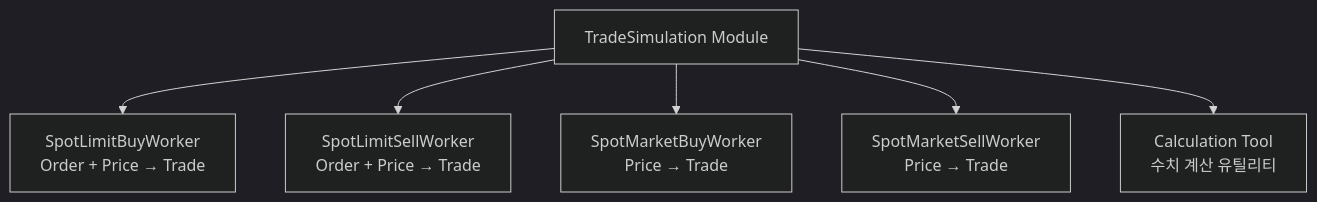
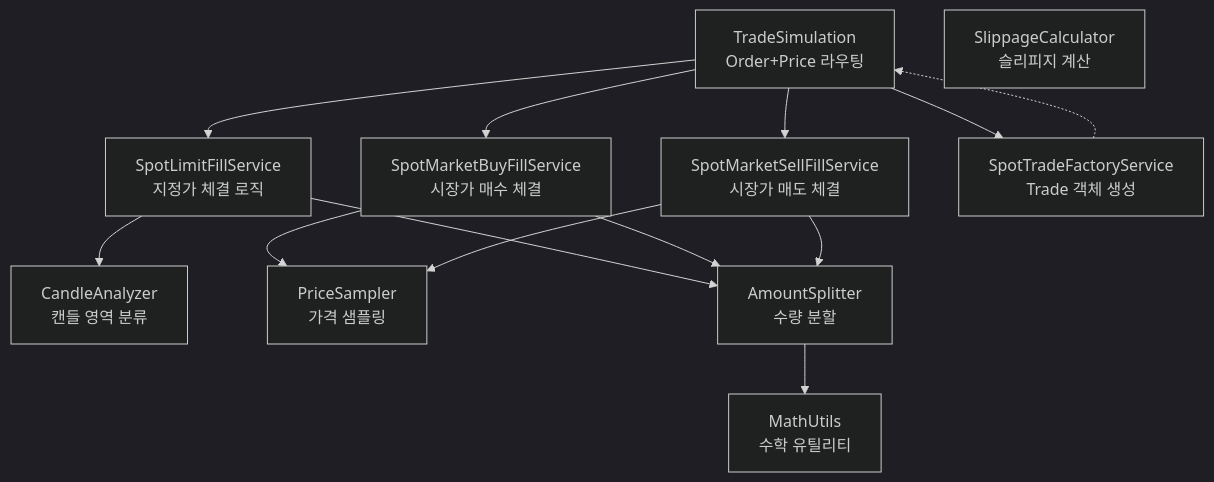
The diagram in packages/financial-simulation/financial_simulation/tradesim/Architecture - Tradesim.md (gatesplan/python-toolbox), drawn with Mermaid (dark theme) before and after one commit. The commit also changed other lines of this file and 27 other files, not shown here.

````diff
--- a/packages/financial-simulation/financial_simulation/tradesim/Architecture - Tradesim.md
+++ b/packages/financial-simulation/financial_simulation/tradesim/Architecture - Tradesim.md
@@ -100,17 +30,33 @@
 ```mermaid
-graph TD
-    TradeSimulation[TradeSimulation Module]
-    CalcTool[Calculation Tool]
+graph TB
+    API[TradeSimulation<br/>Order+Price 라우팅]
 
-    TradeSimulation --> SpotLimitBuyWorker
-    TradeSimulation --> SpotLimitSellWorker
-    TradeSimulation --> SpotMarketBuyWorker
-    TradeSimulation --> SpotMarketSellWorker
-    TradeSimulation --> CalcTool
+    LimitFill[SpotLimitFillService<br/>지정가 체결 로직]
+    MarketBuyFill[SpotMarketBuyFillService<br/>시장가 매수 체결]
+    MarketSellFill[SpotMarketSellFillService<br/>시장가 매도 체결]
+    TradeFactory[SpotTradeFactoryService<br/>Trade 객체 생성]
 
-    SpotLimitBuyWorker[SpotLimitBuyWorker<br/>Order + Price → Trade]
-    SpotLimitSellWorker[SpotLimitSellWorker<br/>Order + Price → Trade]
-    SpotMarketBuyWorker[SpotMarketBuyWorker<br/>Price → Trade]
-    SpotMarketSellWorker[SpotMarketSellWorker<br/>Price → Trade]
-    CalcTool[Calculation Tool<br/>수치 계산 유틸리티]
+    CandleAnalyzer[CandleAnalyzer<br/>캔들 영역 분류]
+    PriceSampler[PriceSampler<br/>가격 샘플링]
+    AmountSplitter[AmountSplitter<br/>수량 분할]
+    SlippageCalc[SlippageCalculator<br/>슬리피지 계산]
+    MathUtils[MathUtils<br/>수학 유틸리티]
+
+    API --> LimitFill
+    API --> MarketBuyFill
+    API --> MarketSellFill
+    API --> TradeFactory
+
+    LimitFill --> CandleAnalyzer
+    LimitFill --> AmountSplitter
+
+    MarketBuyFill --> PriceSampler
+    MarketBuyFill --> AmountSplitter
+
+    MarketSellFill --> PriceSampler
+    MarketSellFill --> AmountSplitter
+
+    TradeFactory -.-> API
+
+    AmountSplitter --> MathUtils
 ```
````
